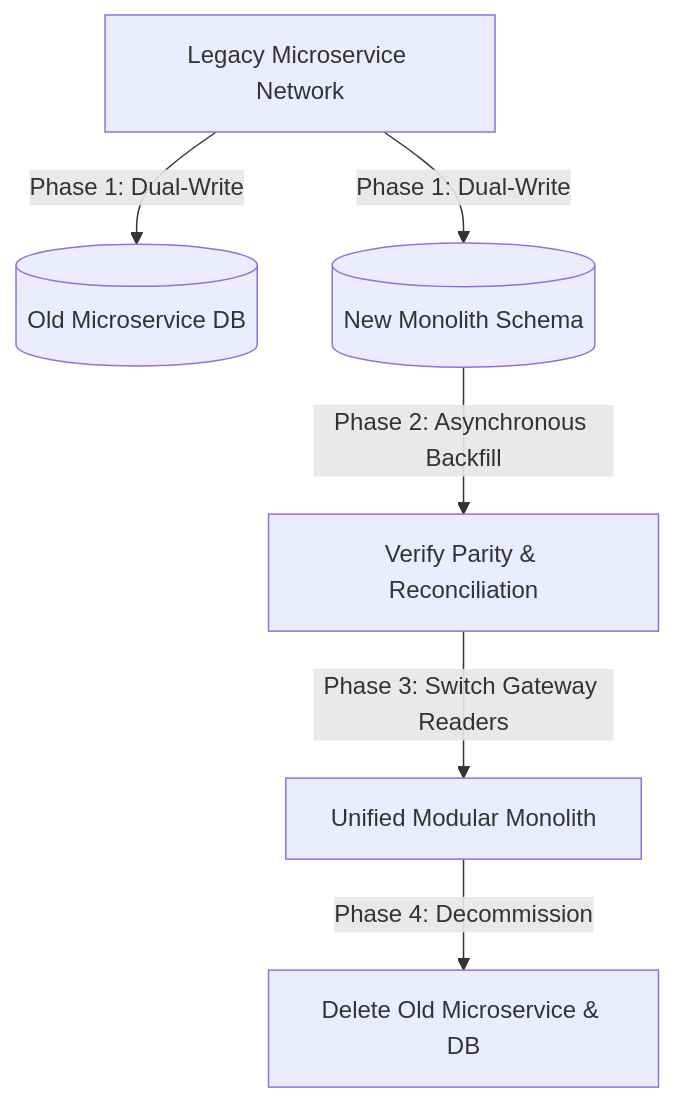
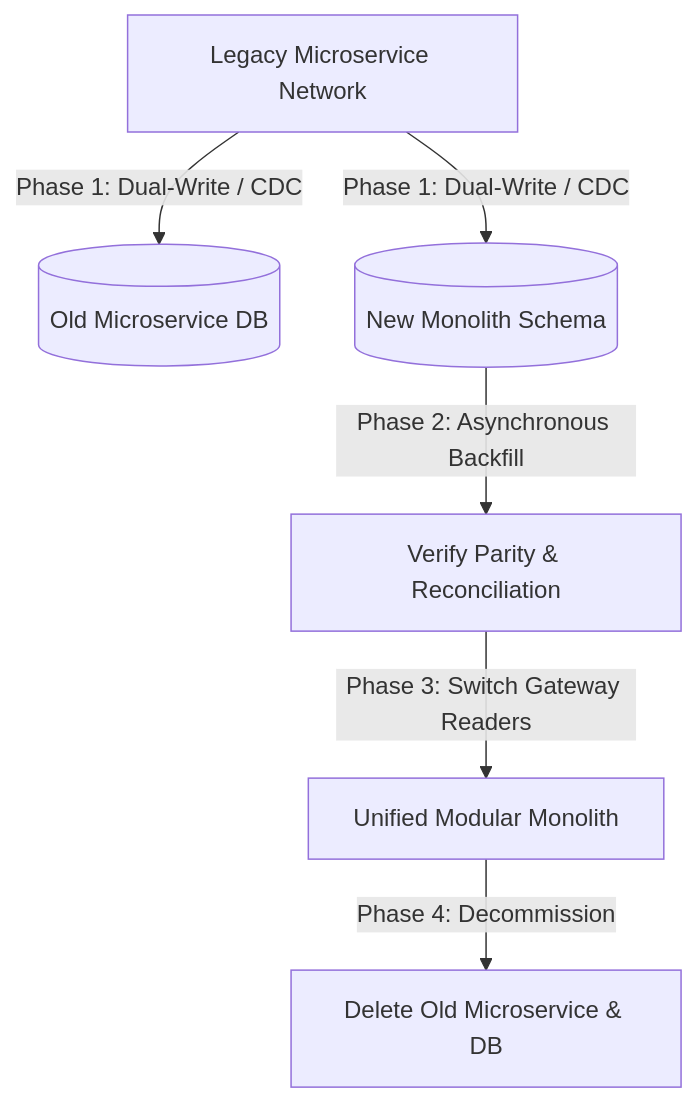
The diagram in content/series/modular-monolith-architecture/part-6-migration-playbook.md (vesviet/vesviet), drawn with Mermaid before and after one commit. The commit also changed other lines of this file and 10 other files, not shown here.

Commit message:
content: upgrade modular monolith architecture series to 2026 standards

````diff
--- a/content/series/modular-monolith-architecture/part-6-migration-playbook.md
+++ b/content/series/modular-monolith-architecture/part-6-migration-playbook.md
@@ -35,8 +35,8 @@
 ```mermaid
 flowchart TD
-    A[Legacy Microservice Network] -->|Phase 1: Dual-Write| B[("Old Microservice DB")]
-    A -->|Phase 1: Dual-Write| C[("New Monolith Schema")]
+    A[Legacy Microservice Network] -->|Phase 1: Dual-Write / CDC| B[("Old Microservice DB")]
+    A -->|Phase 1: Dual-Write / CDC| C[("New Monolith Schema")]
     C -->|Phase 2: Asynchronous Backfill| D["Verify Parity & Reconciliation"]
     D -->|Phase 3: Switch Gateway Readers| E[Unified Modular Monolith]
     E -->|Phase 4: Decommission| F["Delete Old Microservice & DB"]
 ```
````
